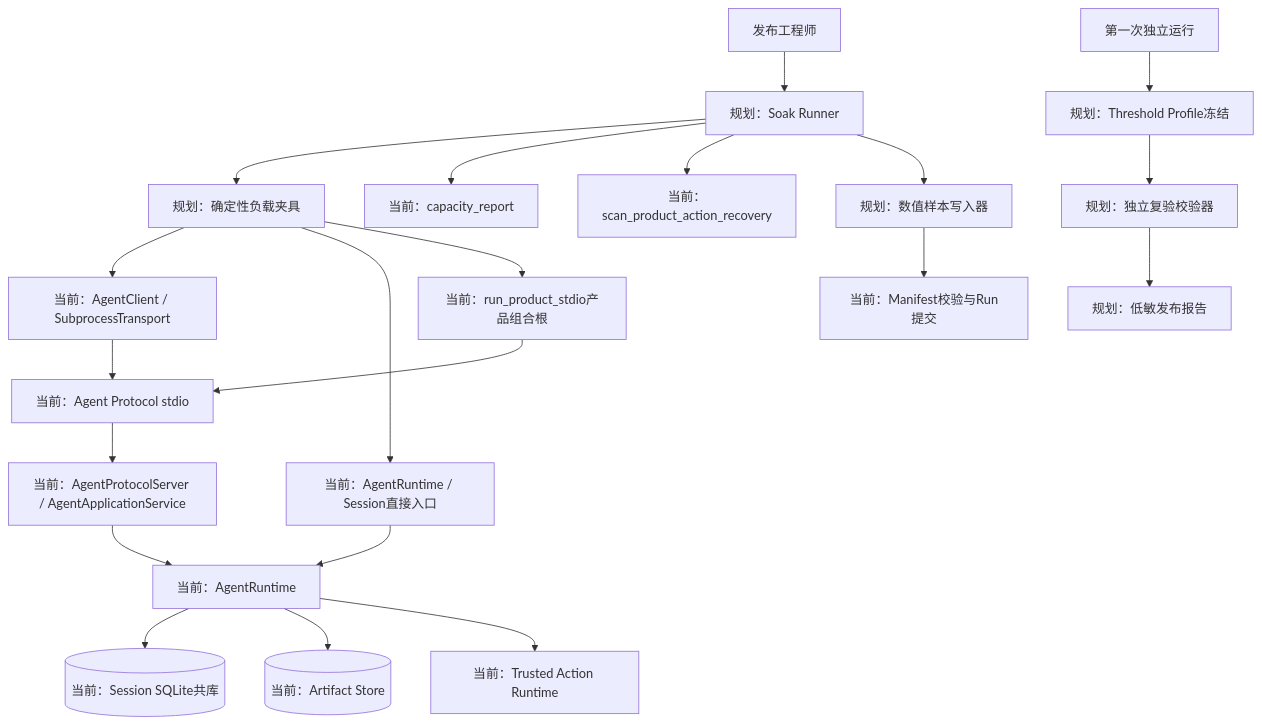
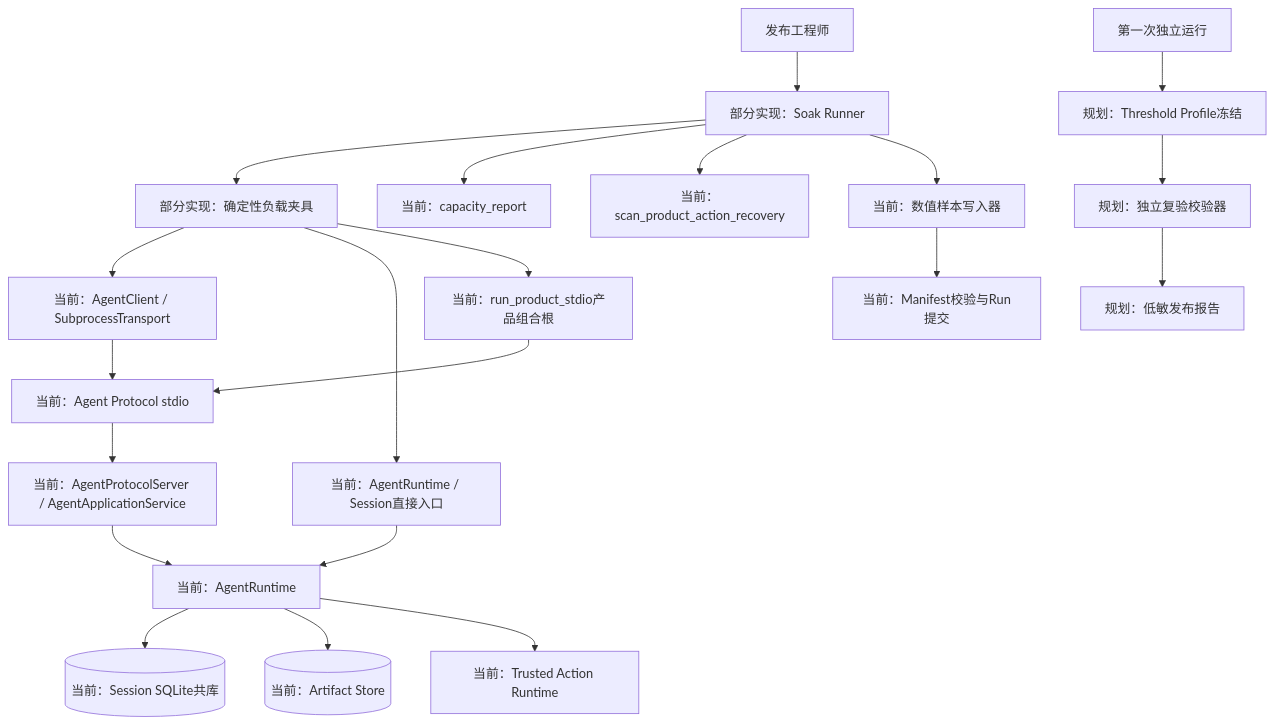
The first of 9 diagrams in docs/changes/m09-3d-soak-and-performance-evidence.md (carrie1988/Harnessix), drawn with Mermaid before and after one commit. The commit also changed other lines of this file and 2 other files, not shown here.

Commit message:
docs: 同步多Thread Soak与路线图当前进度

````diff
--- a/docs/changes/m09-3d-soak-and-performance-evidence.md
+++ b/docs/changes/m09-3d-soak-and-performance-evidence.md
@@ -119,23 +120,23 @@
 ```mermaid
 flowchart TB
-    Operator[发布工程师] --> Runner[规划：Soak Runner]
-    Runner --> Fixture[规划：确定性负载夹具]
+    Operator[发布工程师] --> Runner[部分实现：Soak Runner]
+    Runner --> Fixture[部分实现：确定性负载夹具]
     Fixture --> SDK[当前：AgentClient / SubprocessTransport]
     Fixture --> Direct[当前：AgentRuntime / Session直接入口]
     Fixture --> Product[当前：run_product_stdio产品组合根]
     SDK --> STDIO[当前：Agent Protocol stdio]
     STDIO --> APP[当前：AgentProtocolServer / AgentApplicationService]
     APP --> RT[当前：AgentRuntime]
     Direct --> RT
     Product --> STDIO
     RT --> SESSION[(当前：Session SQLite共库)]
     RT --> ARTIFACT[(当前：Artifact Store)]
     RT --> ACTION[当前：Trusted Action Runtime]
     Runner --> Capacity[当前：capacity_report]
     Runner --> Recovery[当前：scan_product_action_recovery]
-    Runner --> Samples[规划：数值样本写入器]
+    Runner --> Samples[当前：数值样本写入器]
     Samples --> Manifest[当前：Manifest校验与Run提交]
     Baseline[第一次独立运行] --> Profile[规划：Threshold Profile冻结]
     Profile --> Validator[规划：独立复验校验器]
     Validator --> Report[规划：低敏发布报告]
 ```
````
